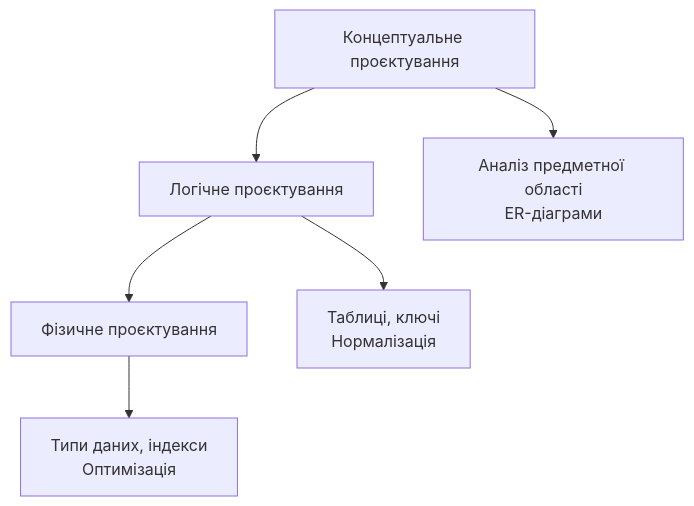
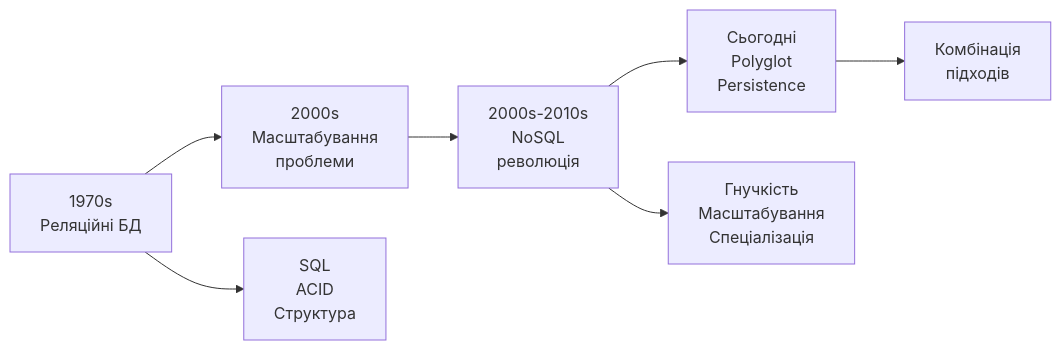
Before and after one commit to olroi421/course-opi: the first of 9 diagrams in docs/presentations/presentation-10.md, drawn with Mermaid. The commit also changed other lines of this file and 1 other file, not shown here.

````diff
--- a/docs/presentations/presentation-10.md
+++ b/docs/presentations/presentation-10.md
@@ -83,9 +34,10 @@
 ```mermaid
-graph TB
-    A[Концептуальне проєктування] --> B[Логічне проєктування]
-    B --> C[Фізичне проєктування]
+graph LR
+    A[1970s<br/>Реляційні БД] --> B[2000s<br/>Масштабування<br/>проблеми]
+    B --> C[2000s-2010s<br/>NoSQL<br/>революція]
+    C --> D[Сьогодні<br/>Polyglot<br/>Persistence]
 
-    A --> D[Аналіз предметної області<br/>ER-діаграми]
-    B --> E[Таблиці, ключі<br/>Нормалізація]
-    C --> F[Типи даних, індекси<br/>Оптимізація]
+    A --> E[SQL<br/>ACID<br/>Структура]
+    C --> F[Гнучкість<br/>Масштабування<br/>Спеціалізація]
+    D --> G[Комбінація<br/>підходів]
 ```
````
